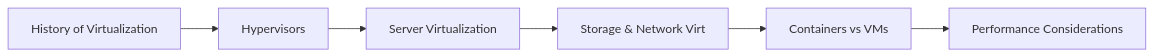
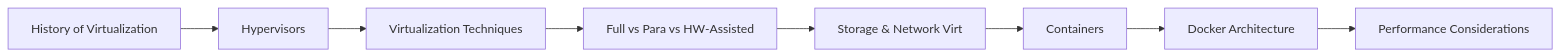
Before and after one commit to Raushan666java/ai-engineering-journey: the first of 4 diagrams in docs/courses/cloud-computing/02-virtualization.md, drawn with Mermaid. The commit also changed other lines of this file and 62 other files, not shown here.

````diff
--- a/docs/courses/cloud-computing/02-virtualization.md
+++ b/docs/courses/cloud-computing/02-virtualization.md
@@ -29,8 +32,10 @@
 ```mermaid
 flowchart LR
     A[History of Virtualization] --> B[Hypervisors]
-    B --> C[Server Virtualization]
-    C --> D[Storage & Network Virt]
-    D --> E[Containers vs VMs]
-    E --> F[Performance Considerations]
+    B --> C[Virtualization Techniques]
+    C --> D[Full vs Para vs HW-Assisted]
+    D --> E[Storage & Network Virt]
+    E --> F[Containers]
+    F --> G[Docker Architecture]
+    G --> H[Performance Considerations]
 ```
````
